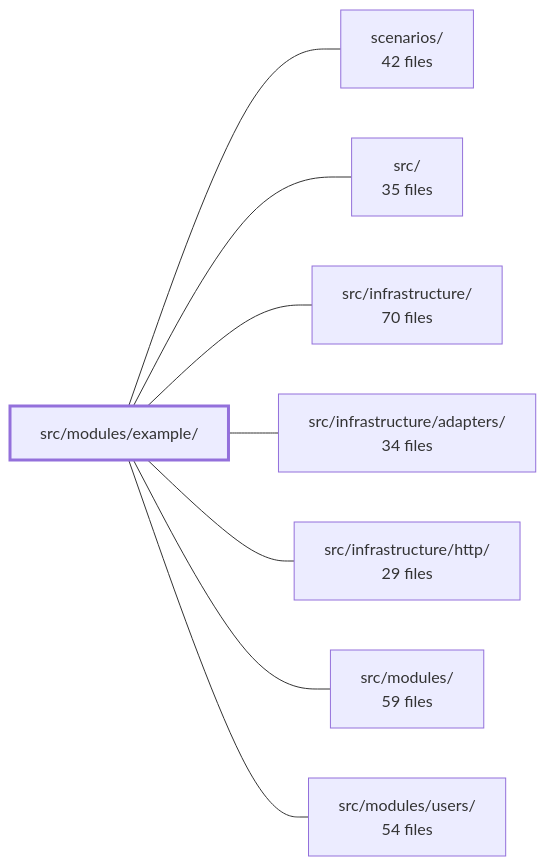
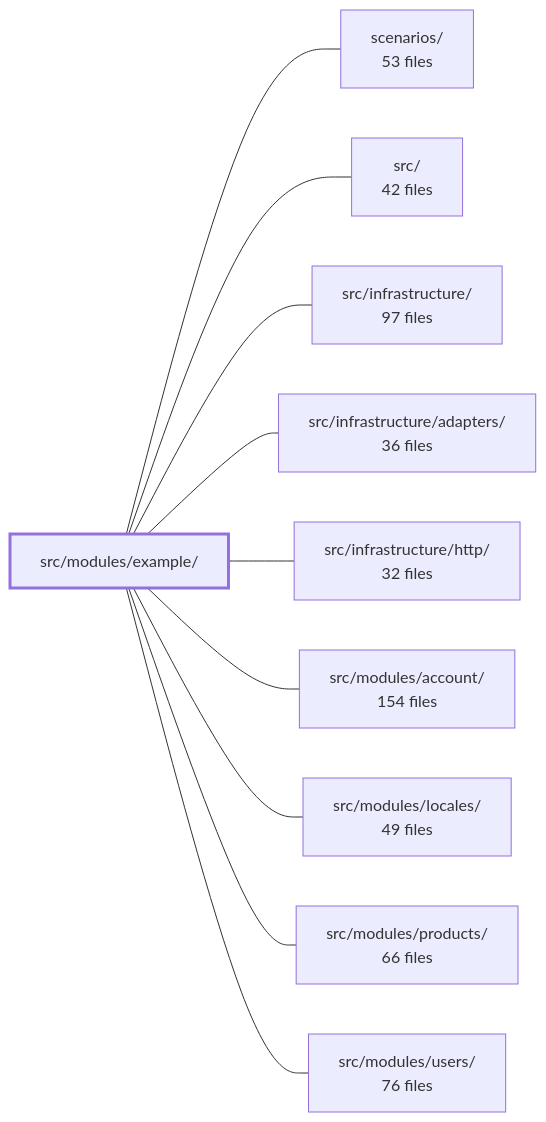
The diagram in .2brain/modules/boilerplate-node-backend_src_modules_example.md (Guebbit/boilerplate-node-backend), drawn with Mermaid before and after one commit. The commit also changed other lines of this file and 1775 other files, not shown here.

````diff
--- a/.2brain/modules/boilerplate-node-backend_src_modules_example.md
+++ b/.2brain/modules/boilerplate-node-backend_src_modules_example.md
@@ -45,19 +46,23 @@
 ```mermaid
 flowchart LR
     m_src_modules_example["src/modules/example/"]
-    m_scenarios["scenarios/<br/>42 files"]
-    m_src["src/<br/>35 files"]
-    m_src_infrastructure["src/infrastructure/<br/>70 files"]
-    m_src_infrastructure_adapters["src/infrastructure/adapters/<br/>34 files"]
-    m_src_infrastructure_http["src/infrastructure/http/<br/>29 files"]
-    m_src_modules["src/modules/<br/>59 files"]
-    m_src_modules_users["src/modules/users/<br/>54 files"]
+    m_scenarios["scenarios/<br/>53 files"]
+    m_src["src/<br/>42 files"]
+    m_src_infrastructure["src/infrastructure/<br/>97 files"]
+    m_src_infrastructure_adapters["src/infrastructure/adapters/<br/>36 files"]
+    m_src_infrastructure_http["src/infrastructure/http/<br/>32 files"]
+    m_src_modules_account["src/modules/account/<br/>154 files"]
+    m_src_modules_locales["src/modules/locales/<br/>49 files"]
+    m_src_modules_products["src/modules/products/<br/>66 files"]
+    m_src_modules_users["src/modules/users/<br/>76 files"]
     m_src_modules_example --- m_scenarios
     m_src_modules_example --- m_src
     m_src_modules_example --- m_src_infrastructure
     m_src_modules_example --- m_src_infrastructure_adapters
     m_src_modules_example --- m_src_infrastructure_http
-    m_src_modules_example --- m_src_modules
+    m_src_modules_example --- m_src_modules_account
+    m_src_modules_example --- m_src_modules_locales
+    m_src_modules_example --- m_src_modules_products
     m_src_modules_example --- m_src_modules_users
     style m_src_modules_example stroke-width:3px
 ```
````
